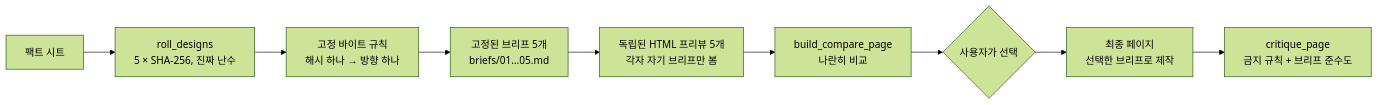
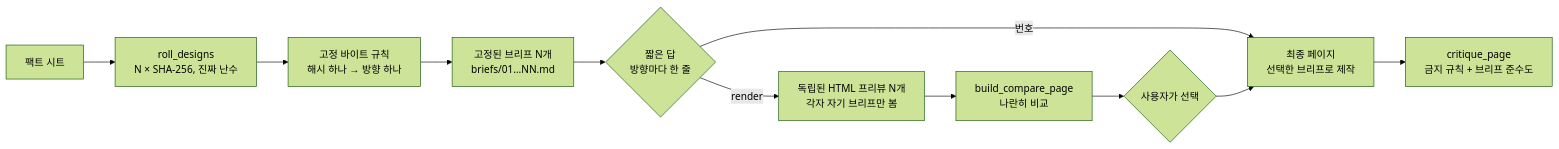
Before and after one commit to qybaihe/hash-design: the diagram in README.ko.md, drawn with Mermaid (forest theme). The commit also changed other lines of this file and 4 other files, not shown here.

````diff
--- a/README.ko.md
+++ b/README.ko.md
@@ -182,11 +224,13 @@
 ```mermaid
 flowchart LR
-  A[팩트 시트] --> B[roll_designs<br/>5 × SHA-256, 진짜 난수]
+  A[팩트 시트] --> B[roll_designs<br/>N × SHA-256, 진짜 난수]
   B --> C[고정 바이트 규칙<br/>해시 하나 → 방향 하나]
-  C --> D[고정된 브리프 5개<br/>briefs/01…05.md]
-  D --> E[독립된 HTML 프리뷰 5개<br/>각자 자기 브리프만 봄]
+  C --> D[고정된 브리프 N개<br/>briefs/01…NN.md]
+  D --> R{짧은 답<br/>방향마다 한 줄}
+  R -->|render| E[독립된 HTML 프리뷰 N개<br/>각자 자기 브리프만 봄]
   E --> F[build_compare_page<br/>나란히 비교]
   F --> G{사용자가 선택}
+  R -->|번호| H
   G --> H[최종 페이지<br/>선택한 브리프로 제작]
   H --> I[critique_page<br/>금지 규칙 + 브리프 준수도]
 ```
````
